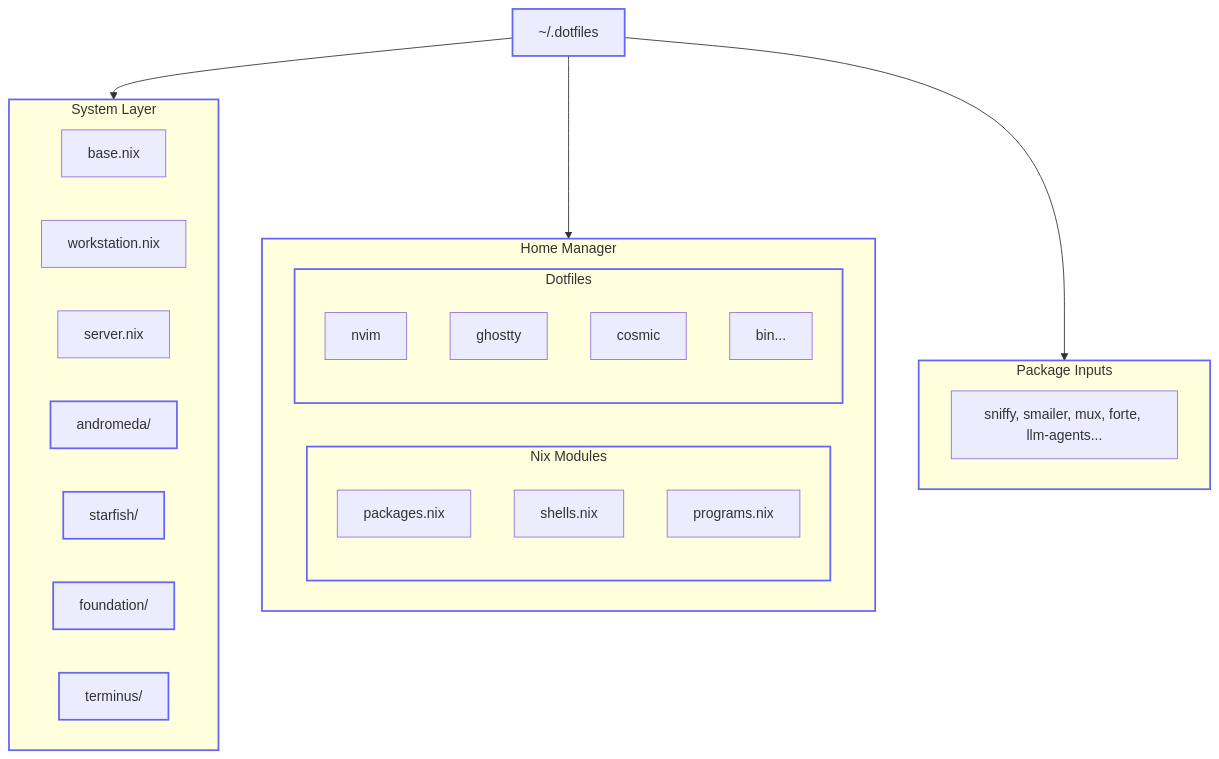
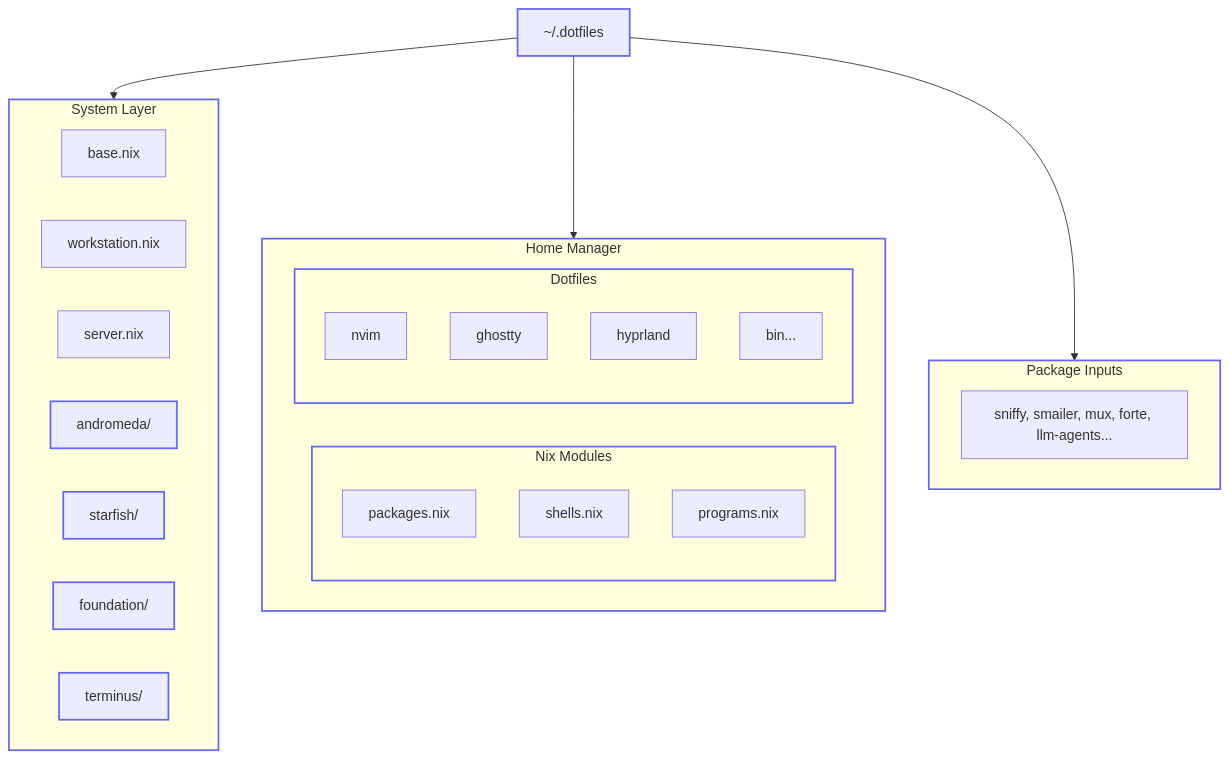
The second of 2 diagrams in README.md (willfish/nix), drawn with Mermaid before and after one commit. The commit also changed other lines of this file and 112 other files, not shown here.

First line of the commit message:
feat(desktop): replace COSMIC with themed Hyprland login

````diff
--- a/README.md
+++ b/README.md
@@ -62,37 +62,37 @@
 ```mermaid
 flowchart TD
     ROOT["~/.dotfiles"]
 
     subgraph SYSTEM [System Layer]
         BASE[base.nix]
         WORKSTATION[workstation.nix]
         SERVER[server.nix]
         ANDROMEDA[andromeda/]
         STARFISH[starfish/]
         FOUNDATION[foundation/]
         TERMINUS[terminus/]
     end
 
     subgraph HOME [Home Manager]
         subgraph MODULES [Nix Modules]
             PKGS[packages.nix]
             SHELLS[shells.nix]
             PROGRAMS[programs.nix]
         end
         subgraph CONFIGS [Dotfiles]
             NVIM[nvim]
             GHOSTTY[ghostty]
-            COSMIC[cosmic]
+            HYPRLAND[hyprland]
             OTHER[bin...]
         end
     end
 
     subgraph INPUTS [Package Inputs]
         TOOLS[sniffy, smailer, mux, forte, llm-agents...]
     end
 
     ROOT --> SYSTEM & HOME & INPUTS
 
     classDef box stroke:#6366f1,stroke-width:2px
     class ROOT,SYSTEM,HOME,INPUTS,MODULES,CONFIGS,ANDROMEDA,STARFISH,FOUNDATION,TERMINUS box
 ```
````
